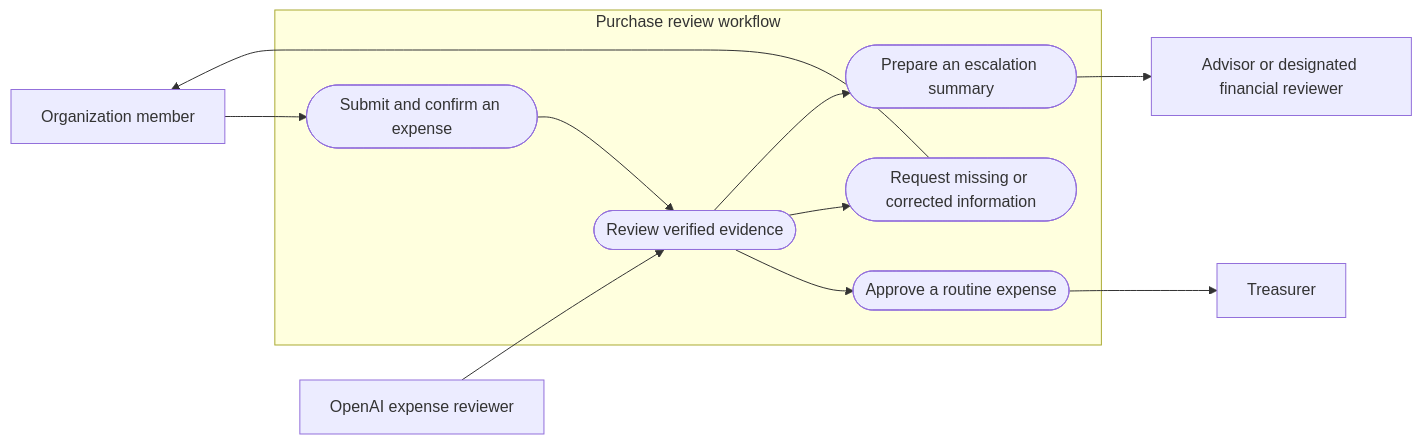
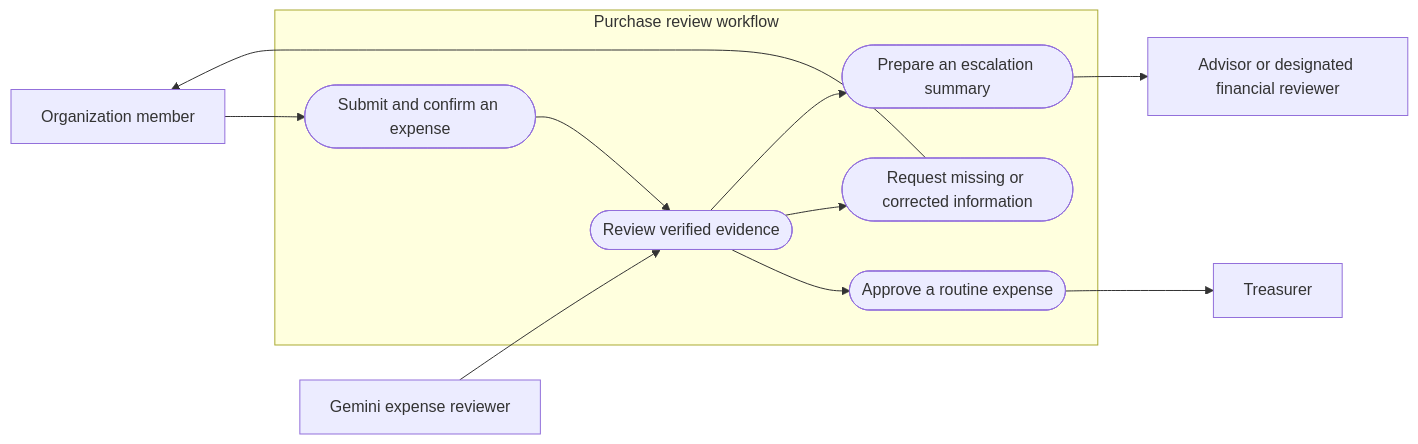
Before and after one commit to tom4247/Campus-spending-review-agent: the third of 4 diagrams in README.md, drawn with Mermaid. The commit also changed other lines of this file and 6 other files, not shown here.

````diff
--- a/README.md
+++ b/README.md
@@ -76,23 +77,23 @@
 ```mermaid
 flowchart LR
     member["Organization member"]
-    agent["OpenAI expense reviewer"]
+    agent["Gemini expense reviewer"]
     treasurer["Treasurer"]
     reviewer["Advisor or designated financial reviewer"]
     subgraph app["Purchase review workflow"]
         submit(["Submit and confirm an expense"])
         review(["Review verified evidence"])
         approve(["Approve a routine expense"])
         defer(["Request missing or corrected information"])
         escalate(["Prepare an escalation summary"])
     end
     member --> submit
     submit --> review
     agent --> review
     review --> approve
     review --> defer
     review --> escalate
     approve --> treasurer
     defer --> member
     escalate --> reviewer
 ```
````
